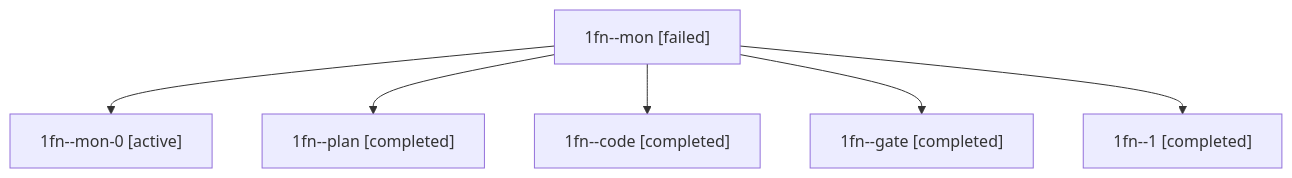
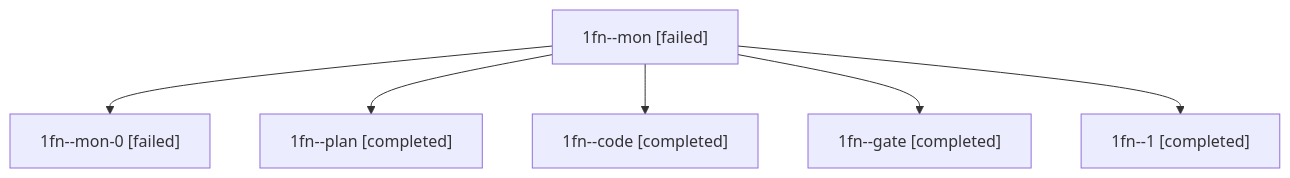
The diagram in sessions/bbugyi200.athena.1fn.md (bobs-org/bob-cli--agents), drawn with Mermaid before and after one commit. The commit also changed other lines of this file and 11 other files, not shown here.

````diff
--- a/sessions/bbugyi200.athena.1fn.md
+++ b/sessions/bbugyi200.athena.1fn.md
@@ -9,14 +9,14 @@
 ```mermaid
 flowchart TD
   n0["1fn--mon [failed]"]
-  n1["1fn--mon-0 [active]"]
+  n1["1fn--mon-0 [failed]"]
   n0 --> n1
   n2["1fn--plan [completed]"]
   n0 --> n2
   n3["1fn--code [completed]"]
   n0 --> n3
   n4["1fn--gate [completed]"]
   n0 --> n4
   n5["1fn--1 [completed]"]
   n0 --> n5
 ```
````
